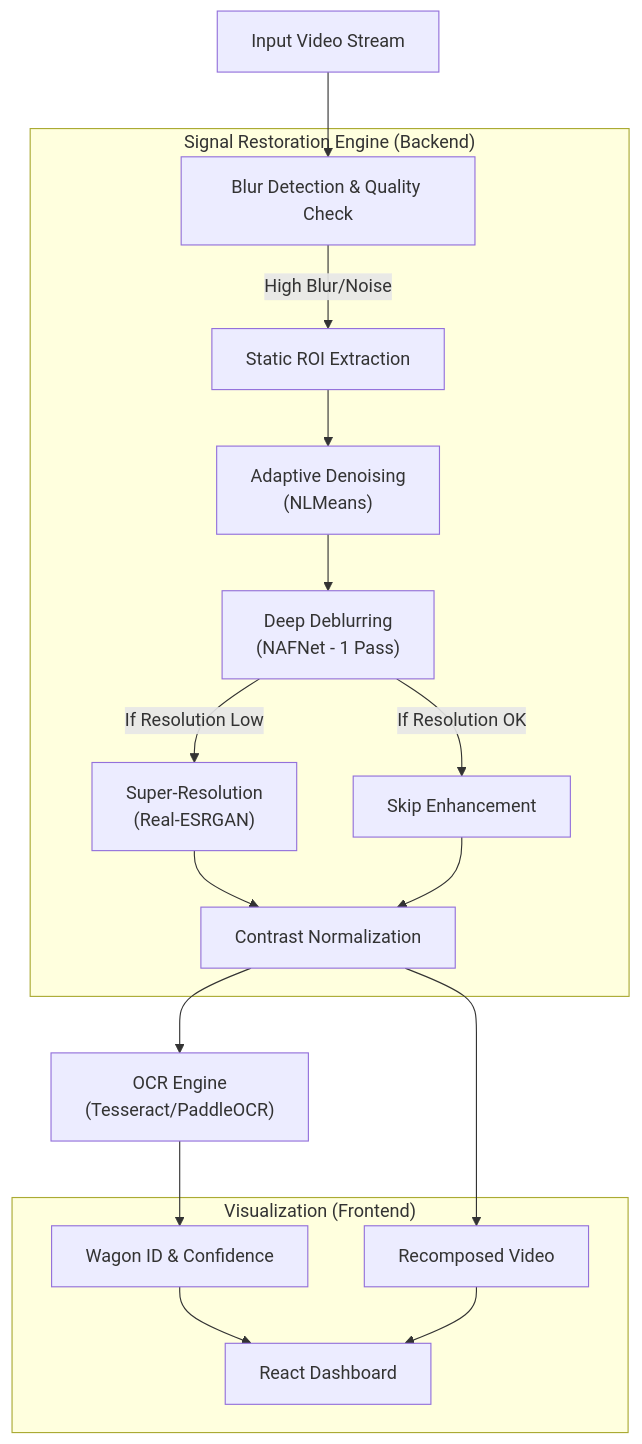
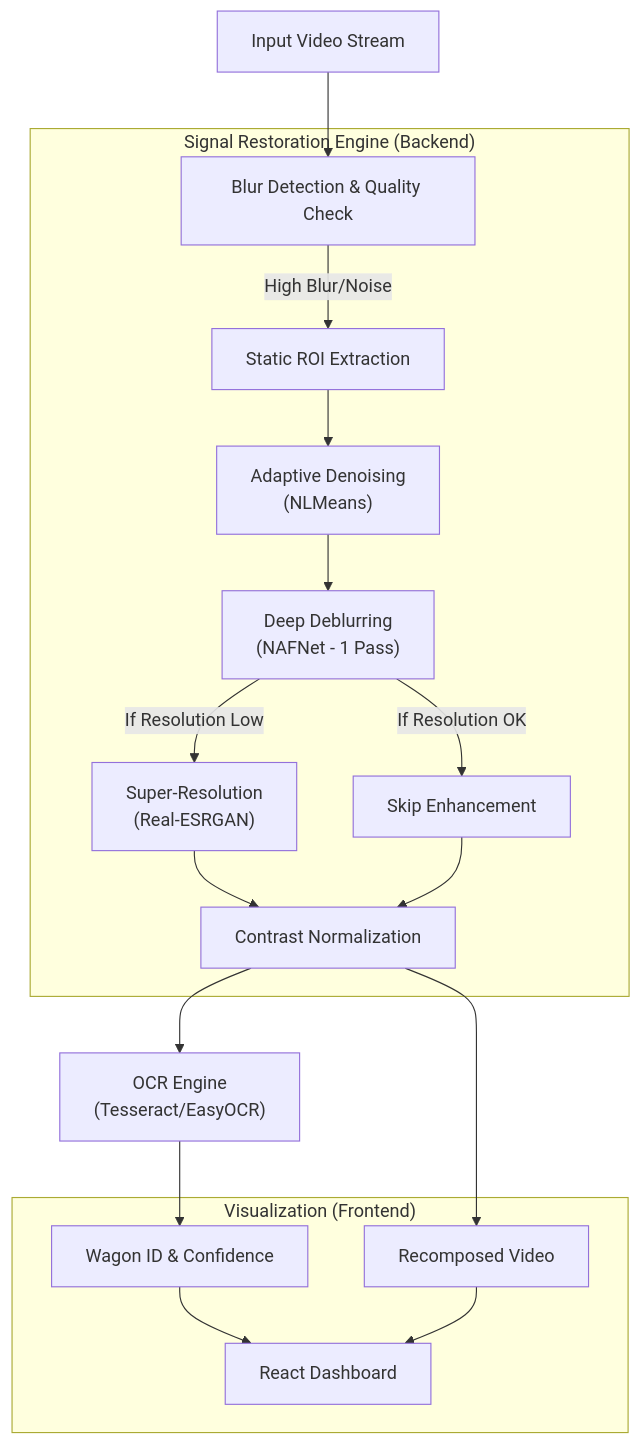
The diagram in README.md (DhruvGohel46/hack-innovate-2026), drawn with Mermaid before and after one commit. The commit also changed other lines of this file and 1 other file, not shown here.

````diff
--- a/README.md
+++ b/README.md
@@ -270,23 +40,23 @@
 ```mermaid
 graph TD
     Input[Input Video Stream] --> BlurDetect["Blur Detection & Quality Check"]
     
     subgraph "Signal Restoration Engine (Backend)"
         BlurDetect -- "High Blur/Noise" --> ROI[Static ROI Extraction]
         ROI --> Denoise["Adaptive Denoising<br>(NLMeans)"]
         Denoise --> NAFNet["Deep Deblurring<br>(NAFNet - 1 Pass)"]
         NAFNet -- "If Resolution Low" --> SR["Super-Resolution<br>(Real-ESRGAN)"]
         NAFNet -- "If Resolution OK" --> SkipSR[Skip Enhancement]
         SR --> CLAHE[Contrast Normalization]
         SkipSR --> CLAHE
     end
     
-    CLAHE --> OCR["OCR Engine<br>(Tesseract/PaddleOCR)"]
+    CLAHE --> OCR["OCR Engine<br>(Tesseract/EasyOCR)"]
     OCR --> JSON["Wagon ID & Confidence"]
     
     subgraph "Visualization (Frontend)"
         JSON --> Dashboard[React Dashboard]
         CLAHE --> VideoOut[Recomposed Video]
         VideoOut --> Dashboard
     end
 ```
````
